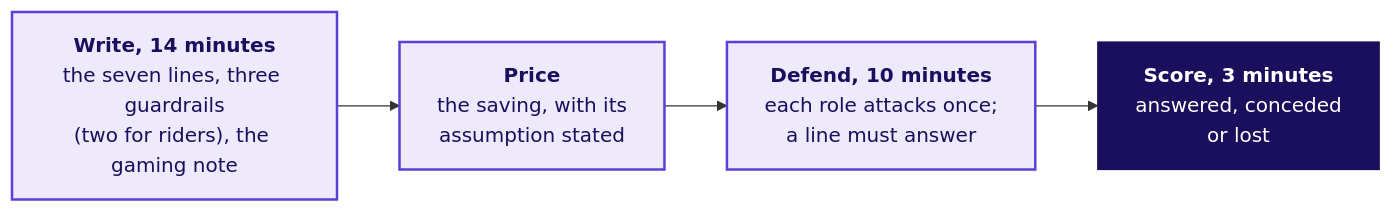
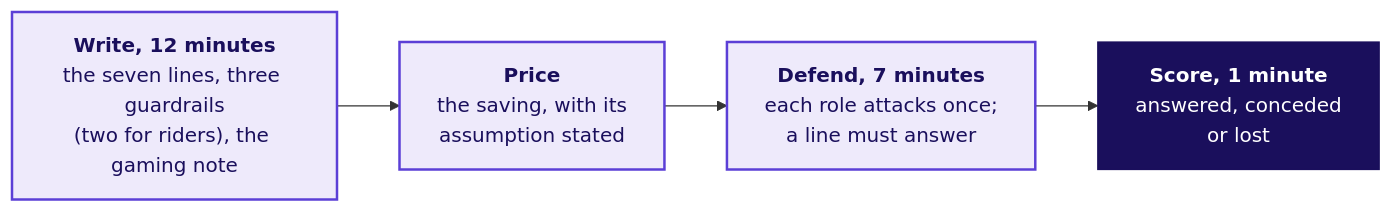
The first of 3 diagrams in content/W04/D1/slides/C2_W04_D01_half2_STUDENT.md (fde-academy-lab/c2-content-factory), drawn with Mermaid before and after one commit. The commit also changed other lines of this file and 6 other files, not shown here.

````diff
--- a/content/W04/D1/slides/C2_W04_D01_half2_STUDENT.md
+++ b/content/W04/D1/slides/C2_W04_D01_half2_STUDENT.md
@@ -23,10 +49,10 @@
 ```mermaid
 flowchart LR
-    W["<b>Write, 14 minutes</b><br/>the seven lines, three guardrails<br/>(two for riders), the gaming note"] --> P["<b>Price</b><br/>the saving, with its<br/>assumption stated"]
-    P --> D["<b>Defend, 10 minutes</b><br/>each role attacks once;<br/>a line must answer"]
-    D --> S["<b>Score, 3 minutes</b><br/>answered, conceded<br/>or lost"]
+    W["<b>Write, 12 minutes</b><br/>the seven lines, three guardrails<br/>(two for riders), the gaming note"] --> P["<b>Price</b><br/>the saving, with its<br/>assumption stated"]
+    P --> D["<b>Defend, 7 minutes</b><br/>each role attacks once;<br/>a line must answer"]
+    D --> S["<b>Score, 1 minute</b><br/>answered, conceded<br/>or lost"]
     classDef known fill:#EEEAFB,stroke:#5B3FD6,color:#1A0F5C,stroke-width:2px
     classDef lit fill:#1A0F5C,stroke:#1A0F5C,color:#FFFFFF
     class W,P,D known
     class S lit
 ```
````
